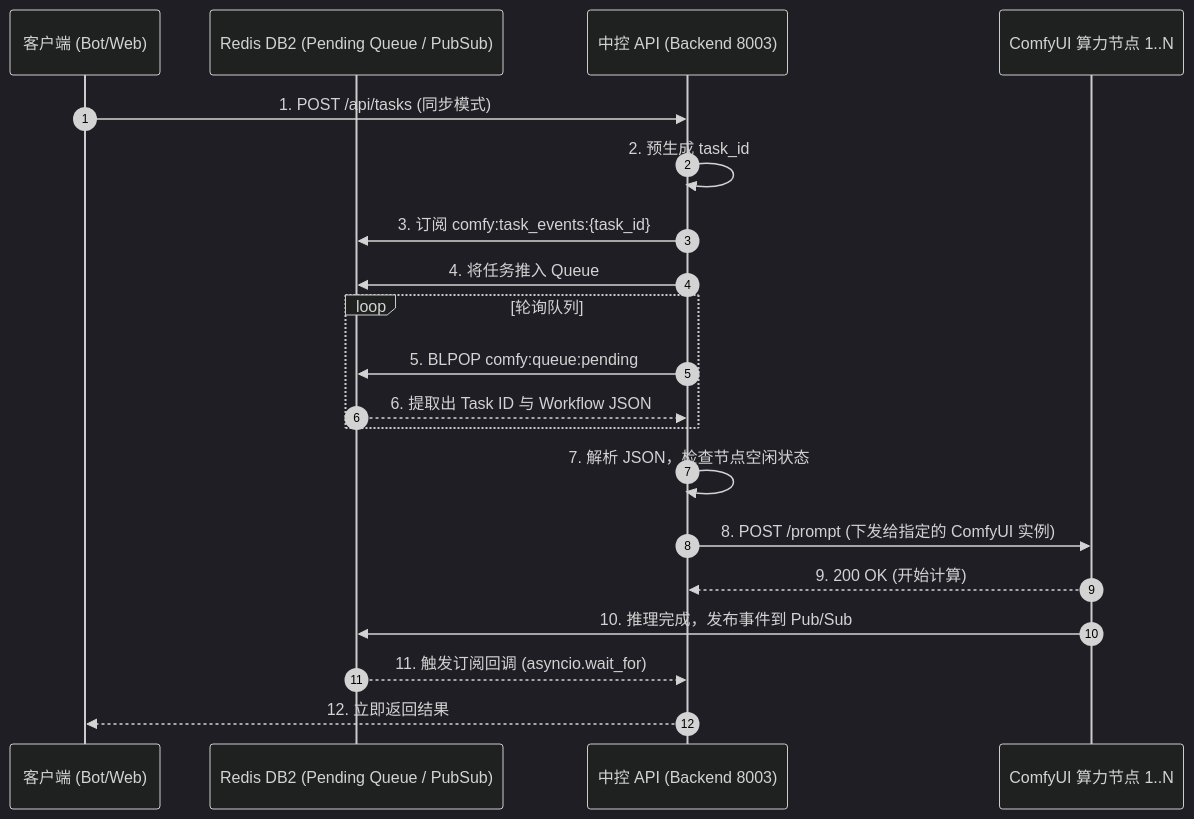
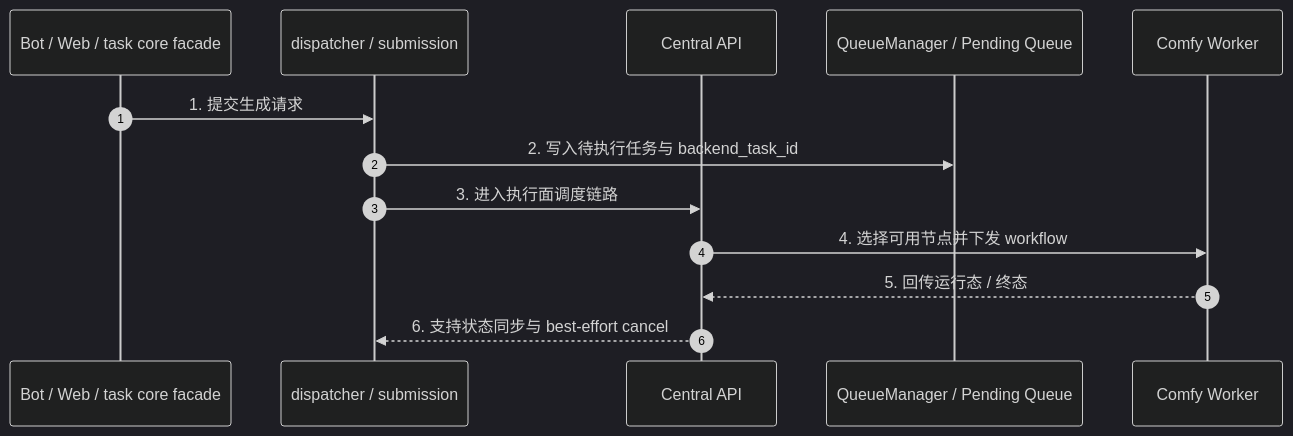
Before and after one commit to giraffu/All_bot: the diagram in docs/子模块_中控API与节点通信_central_api.md, drawn with Mermaid (dark theme). The commit also changed other lines of this file and 22 other files, not shown here.

````diff
--- a/docs/子模块_中控API与节点通信_central_api.md
+++ b/docs/子模块_中控API与节点通信_central_api.md
@@ -9,26 +16,16 @@
 ```mermaid
 sequenceDiagram
     autonumber
-    participant Client as 客户端 (Bot/Web)
-    participant Redis2 as Redis DB2 (Pending Queue / PubSub)
-    participant CAPI as 中控 API (Backend 8003)
-    participant Worker as ComfyUI 算力节点 1..N
-    
-    Client->>CAPI: 1. POST /api/tasks (同步模式)
-    CAPI->>CAPI: 2. 预生成 task_id
-    CAPI->>Redis2: 3. 订阅 comfy:task_events:{task_id}
-    CAPI->>Redis2: 4. 将任务推入 Queue
-    
-    loop 轮询队列
-        CAPI->>Redis2: 5. BLPOP comfy:queue:pending
-        Redis2-->>CAPI: 6. 提取出 Task ID 与 Workflow JSON
-    end
-    
-    CAPI->>CAPI: 7. 解析 JSON，检查节点空闲状态
-    CAPI->>Worker: 8. POST /prompt (下发给指定的 ComfyUI 实例)
-    Worker-->>CAPI: 9. 200 OK (开始计算)
-    
-    Worker->>Redis2: 10. 推理完成，发布事件到 Pub/Sub
-    Redis2-->>CAPI: 11. 触发订阅回调 (asyncio.wait_for)
-    CAPI-->>Client: 12. 立即返回结果
+    participant Entry as Bot / Web / task core facade
+    participant Core as dispatcher / submission
+    participant CAPI as Central API
+    participant Queue as QueueManager / Pending Queue
+    participant Worker as Comfy Worker
+
+    Entry->>Core: 1. 提交生成请求
+    Core->>Queue: 2. 写入待执行任务与 backend_task_id
+    Core->>CAPI: 3. 进入执行面调度链路
+    CAPI->>Worker: 4. 选择可用节点并下发 workflow
+    Worker-->>CAPI: 5. 回传运行态 / 终态
+    CAPI-->>Core: 6. 支持状态同步与 best-effort cancel
 ```
````
